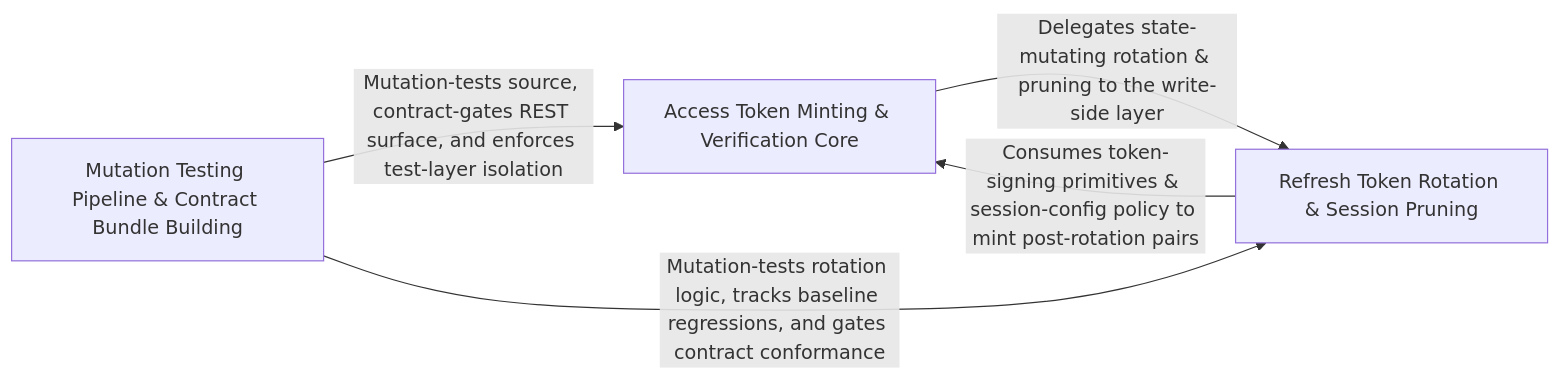
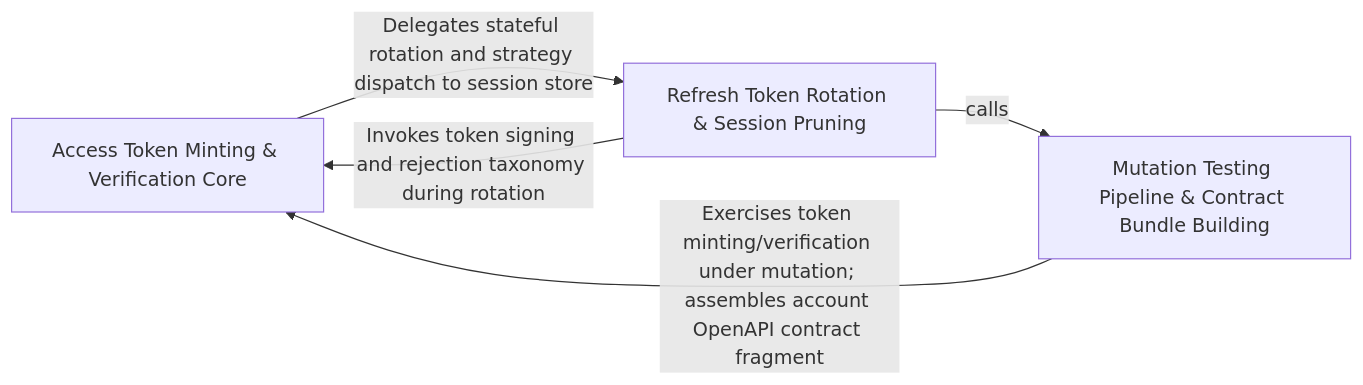
One commit to Guebbit/boilerplate-node-backend changed the diagram in .2brain/arch/Mutation_Testing_Pipeline_Contract_Bundle_Building.md. Above: the diagram before and after it, drawn with Mermaid. The commit also changed other lines of this file and 627 other files, not shown here.

````diff
--- a/.2brain/arch/Mutation_Testing_Pipeline_Contract_Bundle_Building.md
+++ b/.2brain/arch/Mutation_Testing_Pipeline_Contract_Bundle_Building.md
@@ -10,10 +10,10 @@
 ```mermaid
 graph LR
     Access_Token_Minting_Verification_Core["Access Token Minting & Verification Core"]
     Refresh_Token_Rotation_Session_Pruning["Refresh Token Rotation & Session Pruning"]
     Mutation_Testing_Pipeline_Contract_Bundle_Building["Mutation Testing Pipeline & Contract Bundle Building"]
-    Access_Token_Minting_Verification_Core -- "Delegates state-mutating rotation & pruning to the write-side layer" --> Refresh_Token_Rotation_Session_Pruning
-    Refresh_Token_Rotation_Session_Pruning -- "Consumes token-signing primitives & session-config policy to mint post-rotation pairs" --> Access_Token_Minting_Verification_Core
-    Mutation_Testing_Pipeline_Contract_Bundle_Building -- "Mutation-tests source, contract-gates REST surface, and enforces test-layer isolation" --> Access_Token_Minting_Verification_Core
-    Mutation_Testing_Pipeline_Contract_Bundle_Building -- "Mutation-tests rotation logic, tracks baseline regressions, and gates contract conformance" --> Refresh_Token_Rotation_Session_Pruning
+    Access_Token_Minting_Verification_Core -- "Delegates stateful rotation and strategy dispatch to session store" --> Refresh_Token_Rotation_Session_Pruning
+    Refresh_Token_Rotation_Session_Pruning -- "Invokes token signing and rejection taxonomy during rotation" --> Access_Token_Minting_Verification_Core
+    Refresh_Token_Rotation_Session_Pruning -- "calls" --> Mutation_Testing_Pipeline_Contract_Bundle_Building
+    Mutation_Testing_Pipeline_Contract_Bundle_Building -- "Exercises token minting/verification under mutation; assembles account OpenAPI contract fragment" --> Access_Token_Minting_Verification_Core
 ```
````
